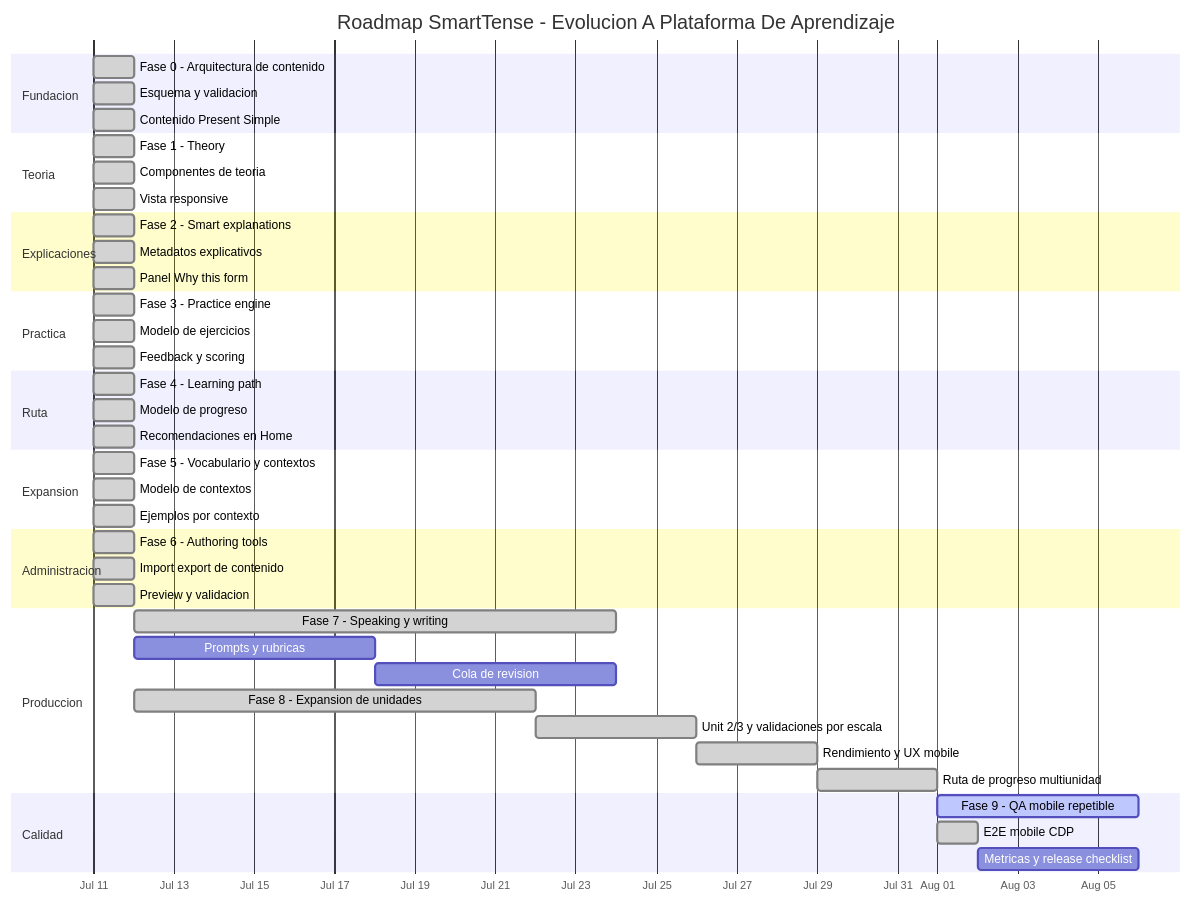
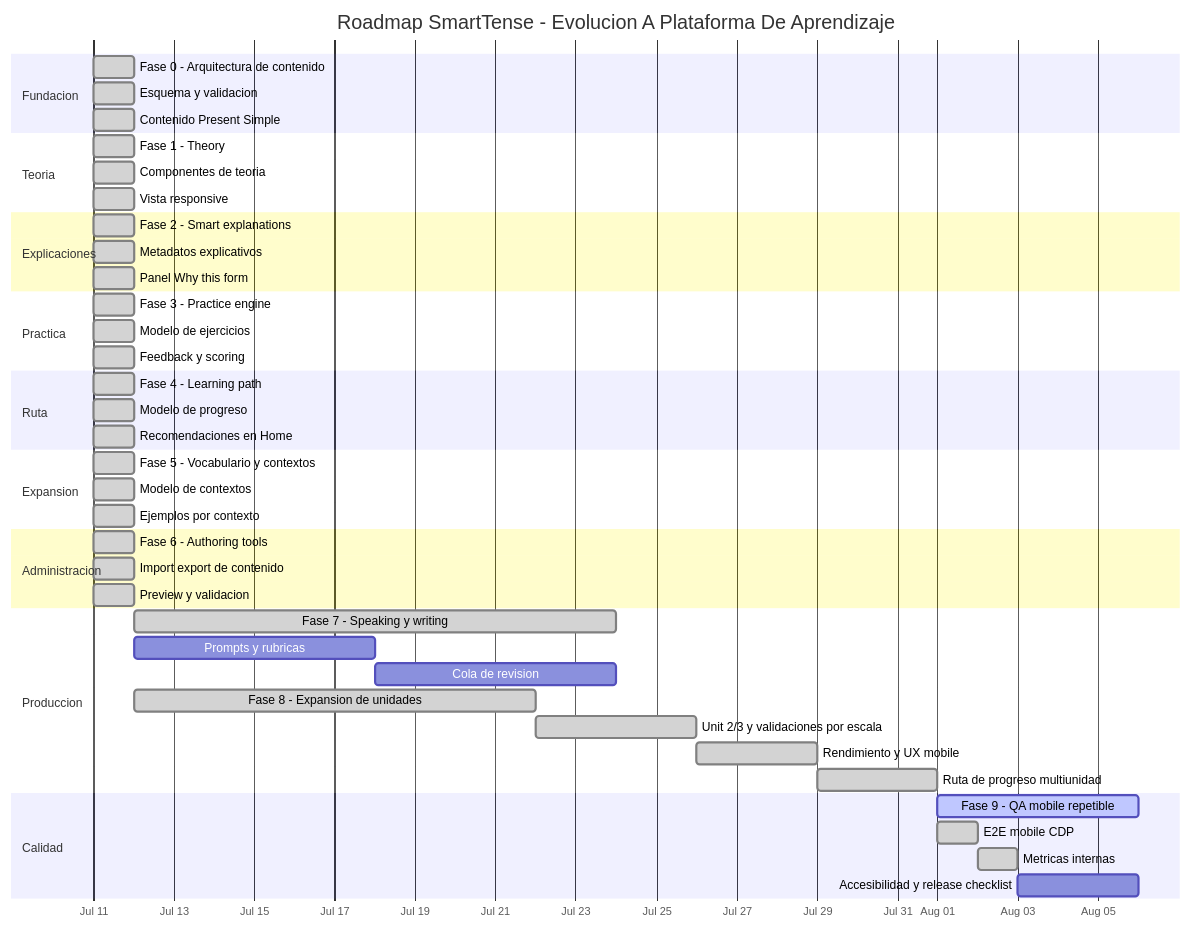
One commit to dafermen/SmartTense changed the diagram in docs/PROJECT_PHASE_ROADMAP.md. Above: the diagram before and after it, drawn with Mermaid. The commit also changed other lines of this file and 9 other files, not shown here.

````diff
--- a/docs/PROJECT_PHASE_ROADMAP.md
+++ b/docs/PROJECT_PHASE_ROADMAP.md
@@ -289,54 +289,55 @@
 ```mermaid
 gantt
     title Roadmap SmartTense - Evolucion A Plataforma De Aprendizaje
     dateFormat  YYYY-MM-DD
     axisFormat  %b %d
 
     section Fundacion
     Fase 0 - Arquitectura de contenido      :done, p0, 2026-07-11, 1d
     Esquema y validacion                    :done, p0a, 2026-07-11, 1d
     Contenido Present Simple                :done, p0b, 2026-07-11, 1d
 
     section Teoria
     Fase 1 - Theory                         :done, p1, 2026-07-11, 1d
     Componentes de teoria                   :done, p1a, 2026-07-11, 1d
     Vista responsive                        :done, p1b, 2026-07-11, 1d
 
     section Explicaciones
     Fase 2 - Smart explanations             :done, p2, 2026-07-11, 1d
     Metadatos explicativos                  :done, p2a, 2026-07-11, 1d
     Panel Why this form                     :done, p2b, 2026-07-11, 1d
 
     section Practica
     Fase 3 - Practice engine                :done, p3, 2026-07-11, 1d
     Modelo de ejercicios                    :done, p3a, 2026-07-11, 1d
     Feedback y scoring                      :done, p3b, 2026-07-11, 1d
 
     section Ruta
     Fase 4 - Learning path                  :done, p4, 2026-07-11, 1d
     Modelo de progreso                      :done, p4a, 2026-07-11, 1d
     Recomendaciones en Home                 :done, p4b, 2026-07-11, 1d
 
     section Expansion
     Fase 5 - Vocabulario y contextos        :done, p5, 2026-07-11, 1d
     Modelo de contextos                     :done, p5a, 2026-07-11, 1d
     Ejemplos por contexto                   :done, p5b, 2026-07-11, 1d
 
     section Administracion
     Fase 6 - Authoring tools                :done, p6, 2026-07-11, 1d
     Import export de contenido              :done, p6a, 2026-07-11, 1d
     Preview y validacion                    :done, p6b, 2026-07-11, 1d
 
     section Produccion
     Fase 7 - Speaking y writing             :done, p7, 2026-07-12, 12d
     Prompts y rubricas                      :p7a, 2026-07-12, 6d
     Cola de revision                        :p7b, after p7a, 6d
     Fase 8 - Expansion de unidades          :done, p8, 2026-07-12, 10d
     Unit 2/3 y validaciones por escala      :done, p8a, after p8, 4d
     Rendimiento y UX mobile                  :done, p8b, after p8a, 3d
     Ruta de progreso multiunidad             :done, p8c, after p8b, 3d
     section Calidad
     Fase 9 - QA mobile repetible             :active, p9, after p8c, 5d
     E2E mobile CDP                            :done, p9a, after p8c, 1d
-    Metricas y release checklist              :p9b, after p9a, 4d
+    Metricas internas                         :done, p9b, after p9a, 1d
+    Accesibilidad y release checklist         :p9c, after p9b, 3d
 ```
````
